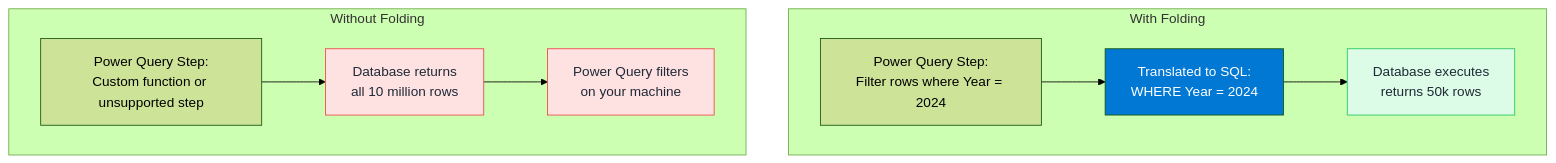
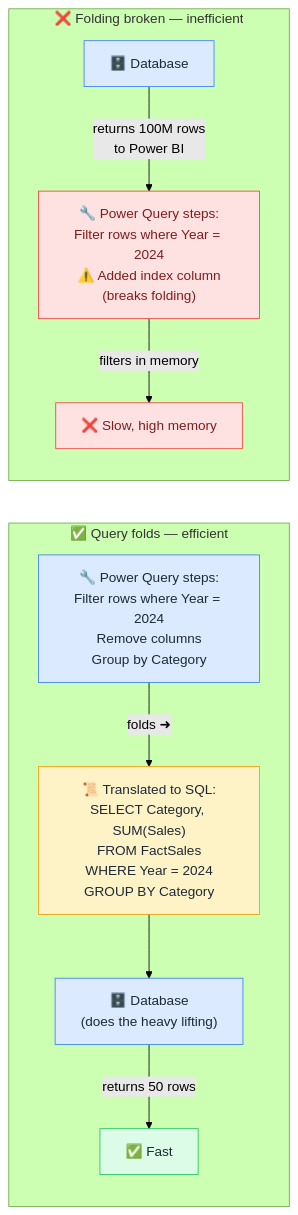
One commit to behnia137/power-bi-data-modeling-visual changed the diagram in concepts/query-folding.md. Above: the diagram before and after it, drawn with Mermaid (forest theme). The commit also changed other lines of this file and 19 other files, not shown here.

````diff
--- a/concepts/query-folding.md
+++ b/concepts/query-folding.md
@@ -11,16 +7,24 @@
 ```mermaid
-flowchart TD
-    subgraph With Folding
-        A[Power Query Step:\nFilter rows where Year = 2024] --> B[Translated to SQL:\nWHERE Year = 2024]
-        B --> C[Database executes\nreturns 50k rows]
+flowchart LR
+    subgraph Folding["✅ Query folds — efficient"]
+        PQ1["🔧 Power Query steps:\nFilter rows where Year = 2024\nRemove columns\nGroup by Category"]
+        SQL1["📜 Translated to SQL:\nSELECT Category, SUM(Sales)\nFROM FactSales\nWHERE Year = 2024\nGROUP BY Category"]
+        DB1["🗄️ Database\n(does the heavy lifting)"]
+        PQ1 -->|"folds ➜"| SQL1
+        SQL1 --> DB1
+        DB1 -->|"returns 50 rows"| Result1["✅ Fast"]
     end
-    subgraph Without Folding
-        D[Power Query Step:\nCustom function or unsupported step] --> E[Database returns\nall 10 million rows]
-        E --> F[Power Query filters\non your machine]
+    subgraph NoFolding["❌ Folding broken — inefficient"]
+        PQ2["🔧 Power Query steps:\nFilter rows where Year = 2024\n⚠️ Added index column\n(breaks folding)"]
+        DB2["🗄️ Database"]
+        DB2 -->|"returns 100M rows\nto Power BI"| PQ2
+        PQ2 -->|"filters in memory"| Result2["❌ Slow, high memory"]
     end
-
-    style B fill:#0078d4,color:#fff
-    style C fill:#dcfce7,stroke:#22c55e,color:#1f2937
-    style E fill:#fee2e2,stroke:#ef4444,color:#1f2937
-    style F fill:#fee2e2,stroke:#ef4444,color:#1f2937
+    style PQ1 fill:#dbeafe,stroke:#3b82f6,color:#1f2937
+    style SQL1 fill:#fef3c7,stroke:#f59e0b,color:#1f2937
+    style DB1 fill:#dbeafe,stroke:#3b82f6,color:#1f2937
+    style Result1 fill:#dcfce7,stroke:#22c55e,color:#1f2937
+    style PQ2 fill:#fee2e2,stroke:#ef4444,color:#7f1d1d
+    style DB2 fill:#dbeafe,stroke:#3b82f6,color:#1f2937
+    style Result2 fill:#fee2e2,stroke:#ef4444,color:#7f1d1d
 ```
````
